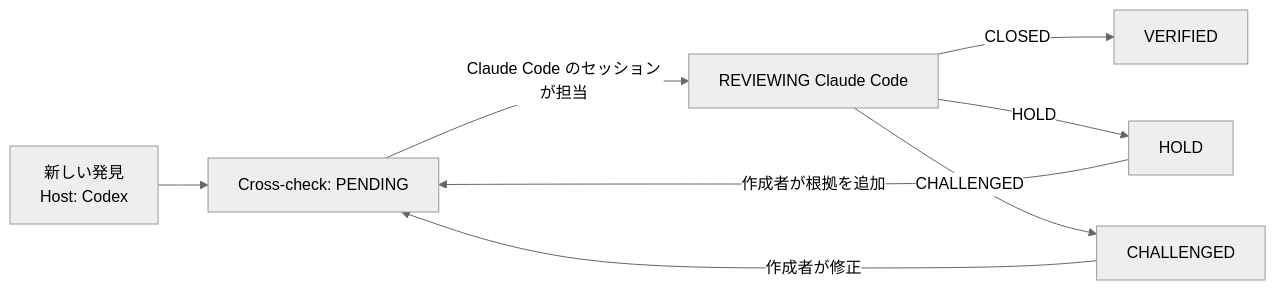
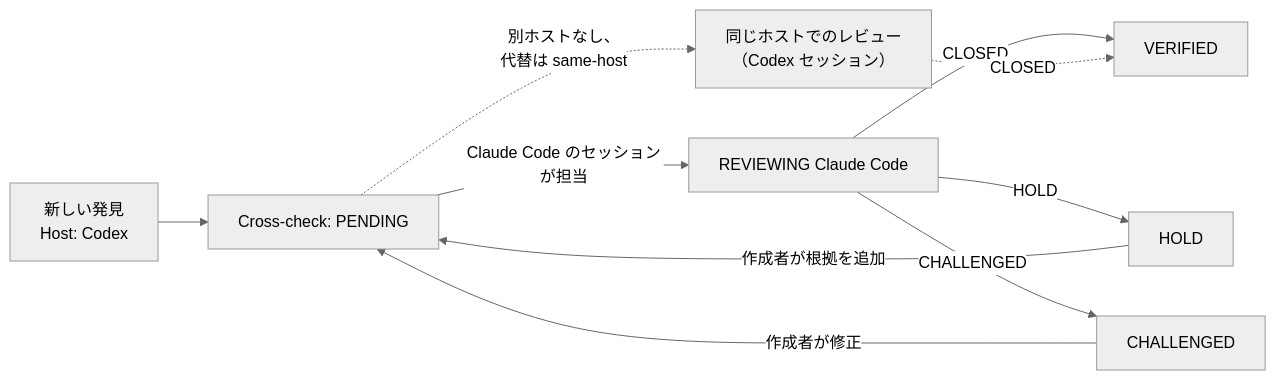
The third of 3 diagrams in README.ja.md (TaeyanG4/research-orchestrator-skill), drawn with Mermaid (neutral theme) before and after one commit. The commit also changed other lines of this file and 19 other files, not shown here.

````diff
--- a/README.ja.md
+++ b/README.ja.md
@@ -338,10 +374,12 @@
 ```mermaid
 flowchart LR
     N[新しい発見<br/>Host: Codex] --> P[Cross-check: PENDING]
     P -->|Claude Code のセッションが担当| R[REVIEWING Claude Code]
     R -->|CLOSED| V[VERIFIED]
     R -->|HOLD| H[HOLD]
     R -->|CHALLENGED| C[CHALLENGED]
     H -->|作成者が根拠を追加| P
     C -->|作成者が修正| P
+    P -.->|"別ホストなし、<br/>代替は same-host"| F["同じホストでのレビュー<br/>（Codex セッション）"]
+    F -.->|CLOSED| V
 ```
````
